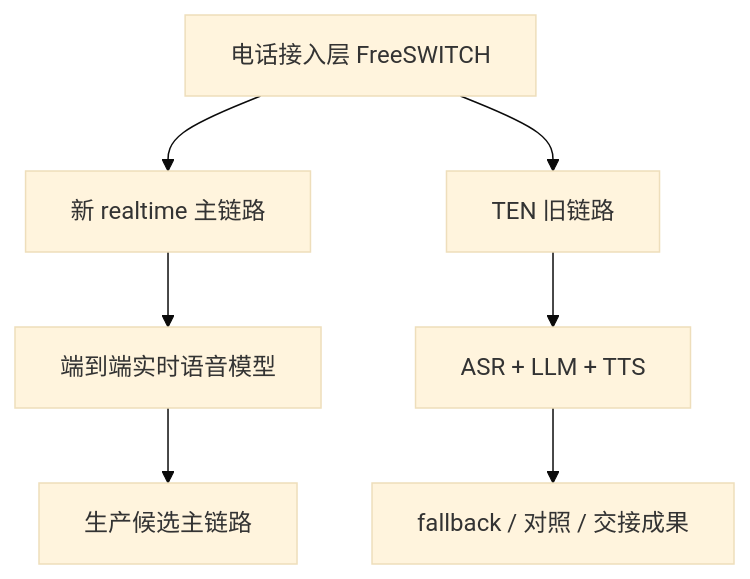
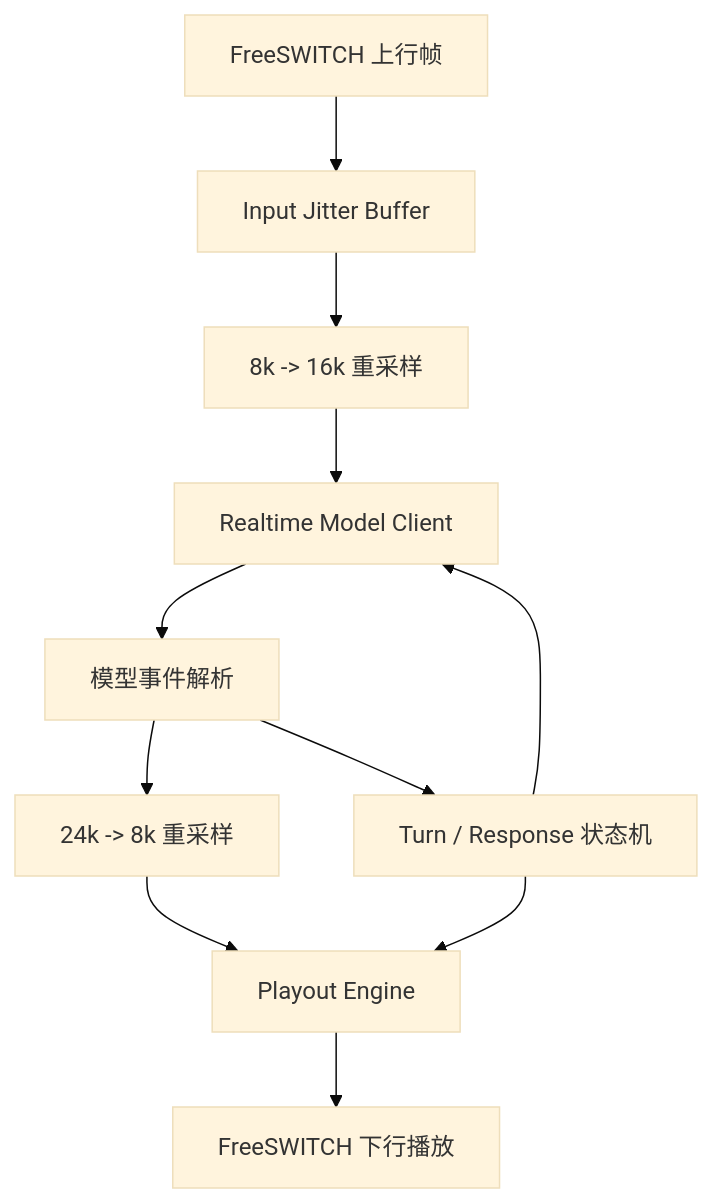
The fourth of 5 diagrams in SIP实时语音网关新项目方案.md (liuhongl/recov_ten), drawn with Mermaid (base theme) before and after one commit. The commit also changed other lines of this file and 38 other files, not shown here.

````diff
--- a/SIP实时语音网关新项目方案.md
+++ b/SIP实时语音网关新项目方案.md
@@ -99,11 +205,13 @@
 ```mermaid
 flowchart TD
-  A["电话接入层 FreeSWITCH"] --> B["新 realtime 主链路"]
-  A --> C["TEN 旧链路"]
-
-  B --> D["端到端实时语音模型"]
-  C --> E["ASR + LLM + TTS"]
-
-  D --> F["生产候选主链路"]
-  E --> G["fallback / 对照 / 交接成果"]
+  A["FreeSWITCH 上行帧"] --> B["Input Jitter Buffer"]
+  B --> C["8k -> 16k 重采样"]
+  C --> D["Realtime Model Client"]
+  D --> E["模型事件解析"]
+  E --> F["Turn / Response 状态机"]
+  E --> G["24k -> 8k 重采样"]
+  G --> H["Playout Engine"]
+  H --> I["FreeSWITCH 下行播放"]
+  F --> H
+  F --> D
 ```
````
